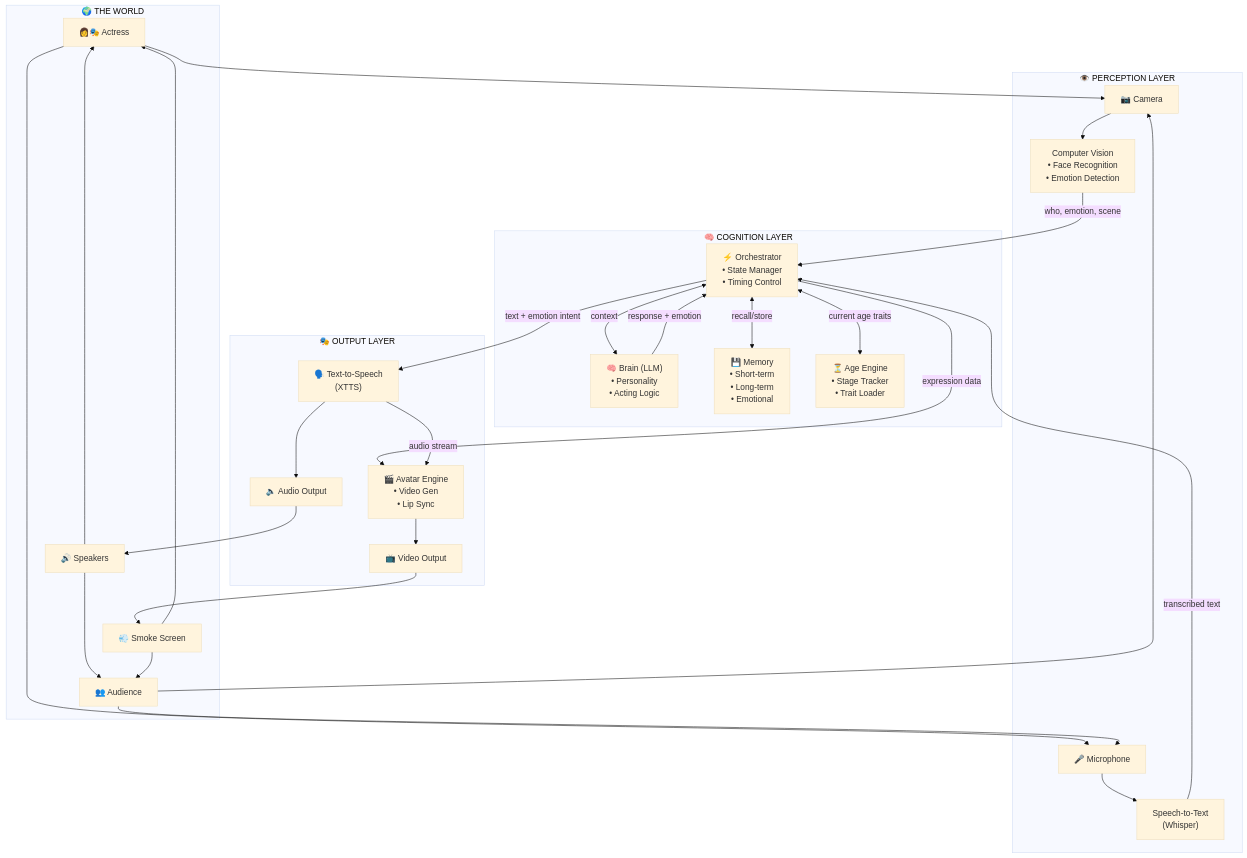
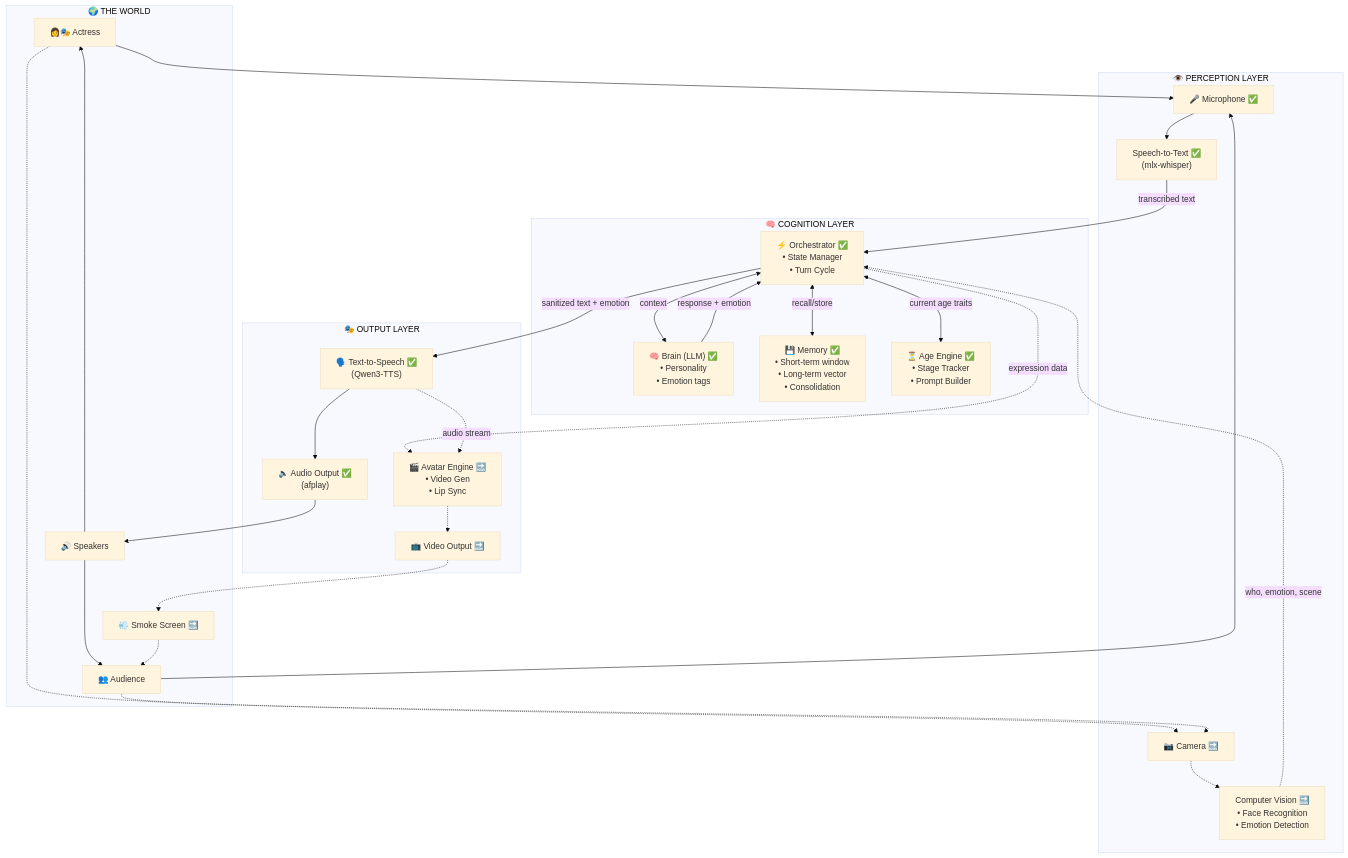
The first of 10 diagrams in ARCHITECTURE.md (sgl-a/Indira), drawn with Mermaid (base theme) before and after one commit. The commit also changed other lines of this file and 10 other files, not shown here.

Commit message:
Updated Architecture and Tech Stack. Updated Readme for accurate installation

````diff
--- a/ARCHITECTURE.md
+++ b/ARCHITECTURE.md
@@ -49,64 +60,58 @@
 ```mermaid
 flowchart TB
     subgraph WORLD ["🌍 THE WORLD"]
         ACTRESS["👩‍🎭 Actress"]
         AUDIENCE["👥 Audience"]
-        SMOKE["💨 Smoke Screen"]
+        SMOKE["💨 Smoke Screen 🔜"]
         SPEAKERS["🔊 Speakers"]
     end
 
     subgraph PERCEPTION ["👁️ PERCEPTION LAYER"]
-        CAM["📷 Camera"]
-        MIC["🎤 Microphone"]
-        CV["Computer Vision\n• Face Recognition\n• Emotion Detection"]
-        STT["Speech-to-Text\n(Whisper)"]
+        CAM["📷 Camera 🔜"]
+        MIC["🎤 Microphone ✅"]
+        CV["Computer Vision 🔜\n• Face Recognition\n• Emotion Detection"]
+        STT["Speech-to-Text ✅\n(mlx-whisper)"]
     end
 
     subgraph COGNITION ["🧠 COGNITION LAYER"]
-        ORCHESTRATOR["⚡ Orchestrator\n• State Manager\n• Timing Control"]
-        LLM["🧠 Brain (LLM)\n• Personality\n• Acting Logic"]
-        MEMORY["💾 Memory\n• Short-term\n• Long-term\n• Emotional"]
-        AGE["⏳ Age Engine\n• Stage Tracker\n• Trait Loader"]
+        ORCHESTRATOR["⚡ Orchestrator ✅\n• State Manager\n• Turn Cycle"]
+        LLM["🧠 Brain (LLM) ✅\n• Personality\n• Emotion tags"]
+        MEMORY["💾 Memory ✅\n• Short-term window\n• Long-term vector\n• Consolidation"]
+        AGE["⏳ Age Engine ✅\n• Stage Tracker\n• Prompt Builder"]
     end
 
     subgraph OUTPUT ["🎭 OUTPUT LAYER"]
-        TTS["🗣️ Text-to-Speech\n(XTTS)"]
-        AVATAR["🎬 Avatar Engine\n• Video Gen\n• Lip Sync"]
-        AUDIO_OUT["🔈 Audio Output"]
-        VIDEO_OUT["📺 Video Output"]
+        TTS["🗣️ Text-to-Speech ✅\n(Qwen3-TTS)"]
+        AVATAR["🎬 Avatar Engine 🔜\n• Video Gen\n• Lip Sync"]
+        AUDIO_OUT["🔈 Audio Output ✅\n(afplay)"]
+        VIDEO_OUT["📺 Video Output 🔜"]
     end
 
-    %% Perception Flow
-    ACTRESS --> CAM
-    AUDIENCE --> CAM
     ACTRESS --> MIC
     AUDIENCE --> MIC
-    
-    CAM --> CV
+    ACTRESS -.-> CAM
+    AUDIENCE -.-> CAM
+
+    CAM -.-> CV
     MIC --> STT
 
-    %% Into Cognition
-    CV -->|"who, emotion, scene"| ORCHESTRATOR
+    CV -.->|"who, emotion, scene"| ORCHESTRATOR
     STT -->|"transcribed text"| ORCHESTRATOR
-    
-    %% Cognition Internal
+
     ORCHESTRATOR <-->|"context"| LLM
     ORCHESTRATOR <-->|"recall/store"| MEMORY
     ORCHESTRATOR <-->|"current age traits"| AGE
     LLM -->|"response + emotion"| ORCHESTRATOR
 
-    %% Output Flow
-    ORCHESTRATOR -->|"text + emotion intent"| TTS
-    ORCHESTRATOR -->|"expression data"| AVATAR
-    TTS -->|"audio stream"| AVATAR
+    ORCHESTRATOR -->|"sanitized text + emotion"| TTS
+    ORCHESTRATOR -.->|"expression data"| AVATAR
+    TTS -.->|"audio stream"| AVATAR
     TTS --> AUDIO_OUT
-    AVATAR --> VIDEO_OUT
+    AVATAR -.-> VIDEO_OUT
 
-    %% Back to World
     AUDIO_OUT --> SPEAKERS
-    VIDEO_OUT --> SMOKE
+    VIDEO_OUT -.-> SMOKE
     SPEAKERS --> ACTRESS
     SPEAKERS --> AUDIENCE
-    SMOKE --> ACTRESS
-    SMOKE --> AUDIENCE
+    SMOKE -.-> AUDIENCE
 ```
````
